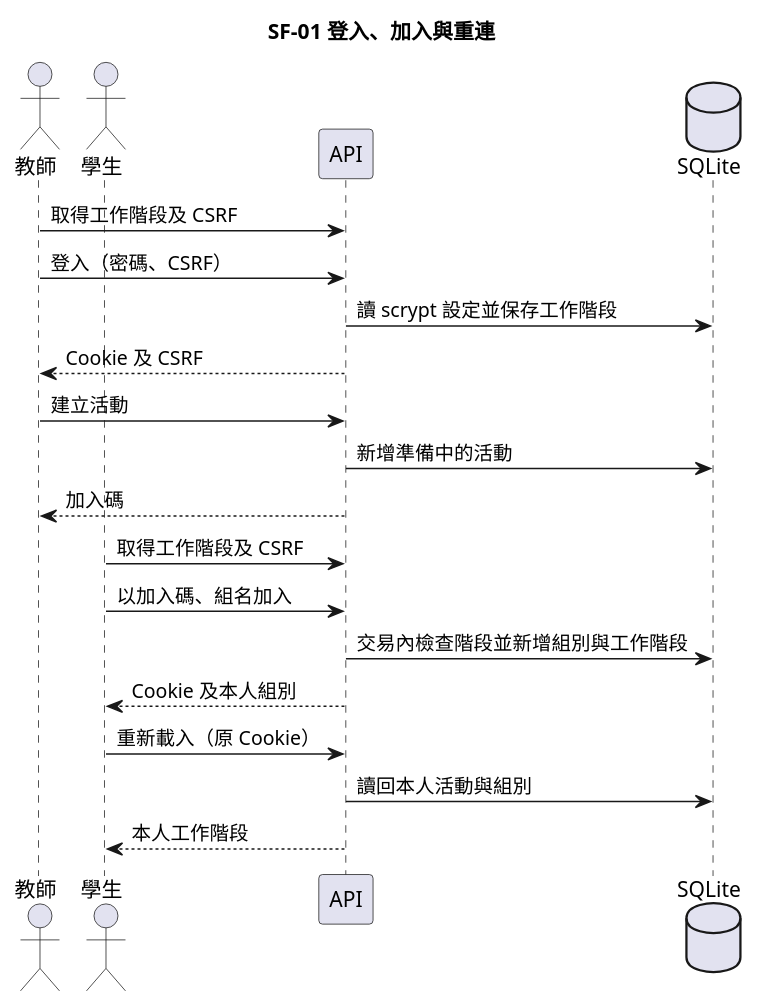
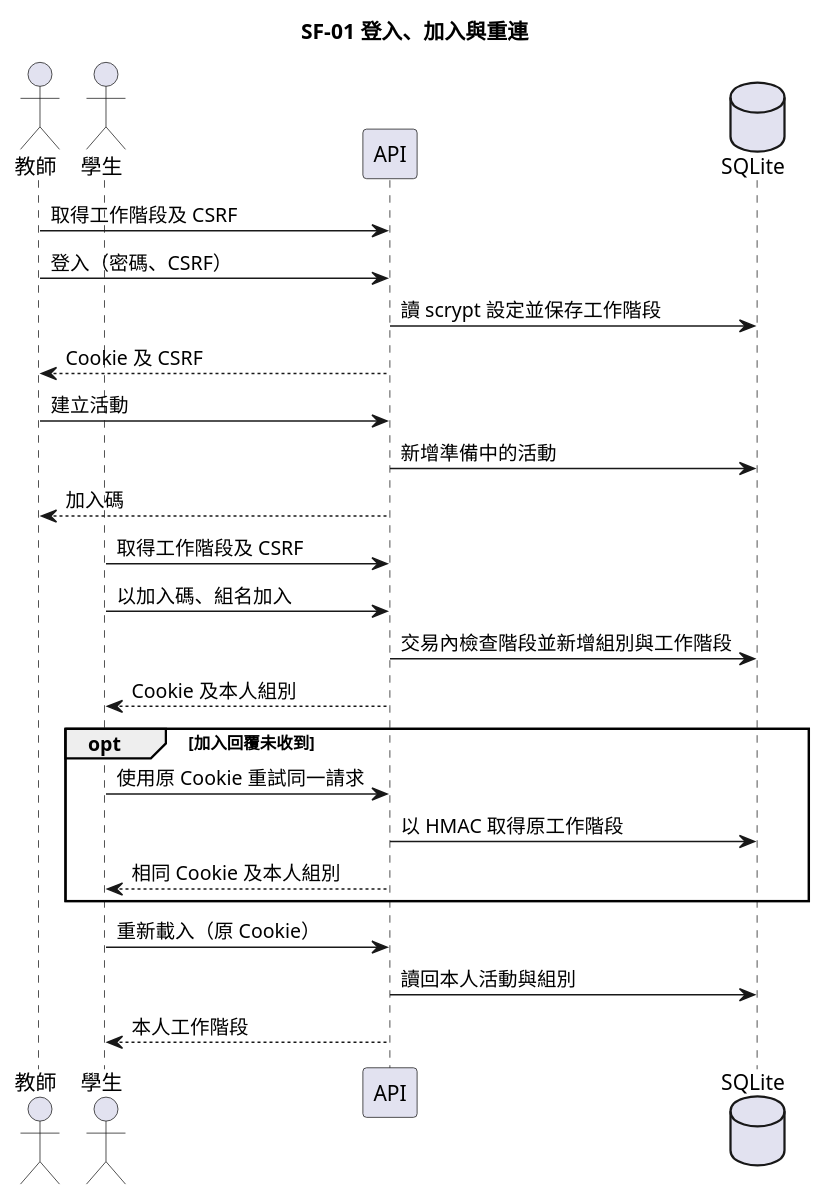
Before and after one commit to tom1030507/classroom-buzzer-system-speckit: the diagram in diagrams/001-activity-groups-sequence.puml, drawn with PlantUML. The commit also changed 15 other files, not shown here.

```diff
--- a/diagrams/001-activity-groups-sequence.puml
+++ b/diagrams/001-activity-groups-sequence.puml
@@ -1,22 +1,27 @@
 @startuml
 skinparam shadowing false
 title SF-01 登入、加入與重連
 actor 教師
 actor 學生
 participant API
 database SQLite
 教師 -> API : 取得工作階段及 CSRF
 教師 -> API : 登入（密碼、CSRF）
 API -> SQLite : 讀 scrypt 設定並保存工作階段
 API --> 教師 : Cookie 及 CSRF
 教師 -> API : 建立活動
 API -> SQLite : 新增準備中的活動
 API --> 教師 : 加入碼
 學生 -> API : 取得工作階段及 CSRF
 學生 -> API : 以加入碼、組名加入
 API -> SQLite : 交易內檢查階段並新增組別與工作階段
 API --> 學生 : Cookie 及本人組別
+opt 加入回覆未收到
+學生 -> API : 使用原 Cookie 重試同一請求
+API -> SQLite : 以 HMAC 取得原工作階段
+API --> 學生 : 相同 Cookie 及本人組別
+end
 學生 -> API : 重新載入（原 Cookie）
 API -> SQLite : 讀回本人活動與組別
 API --> 學生 : 本人工作階段
 @enduml
```
